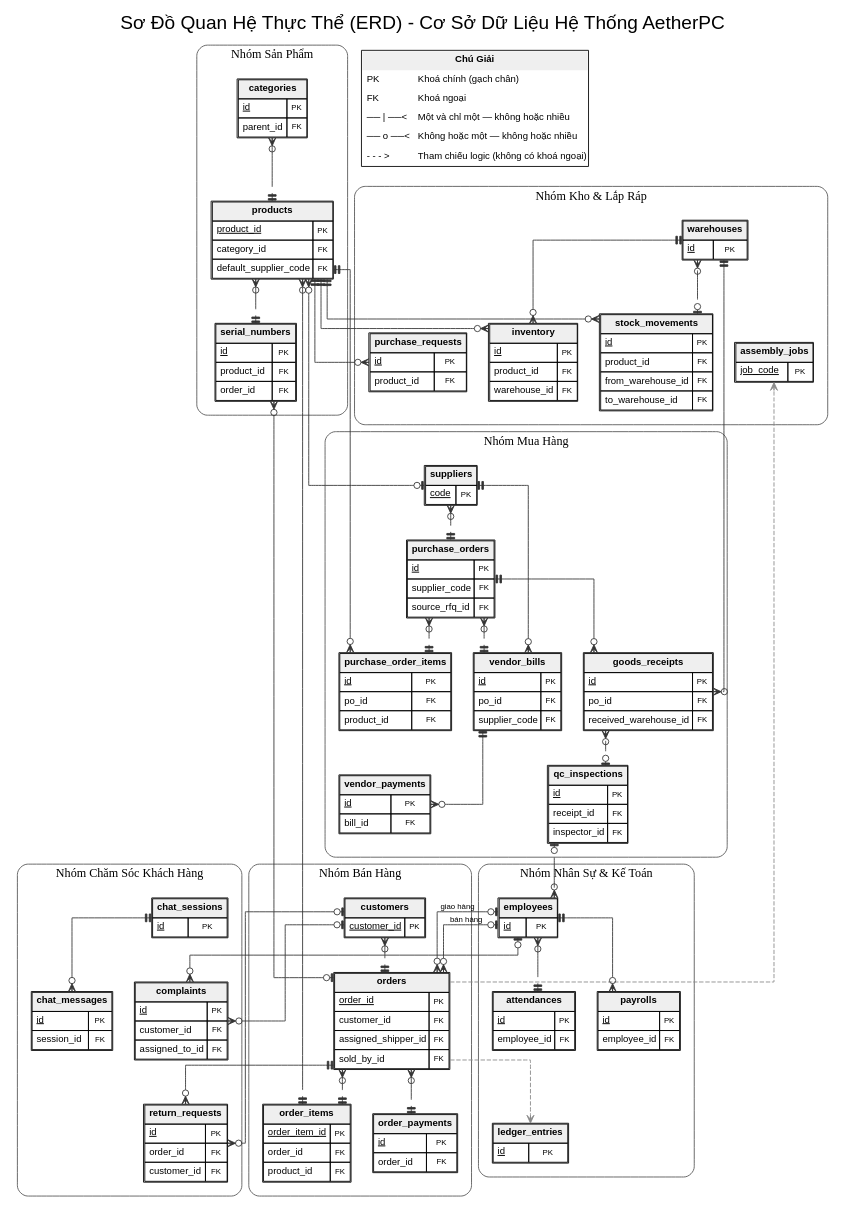
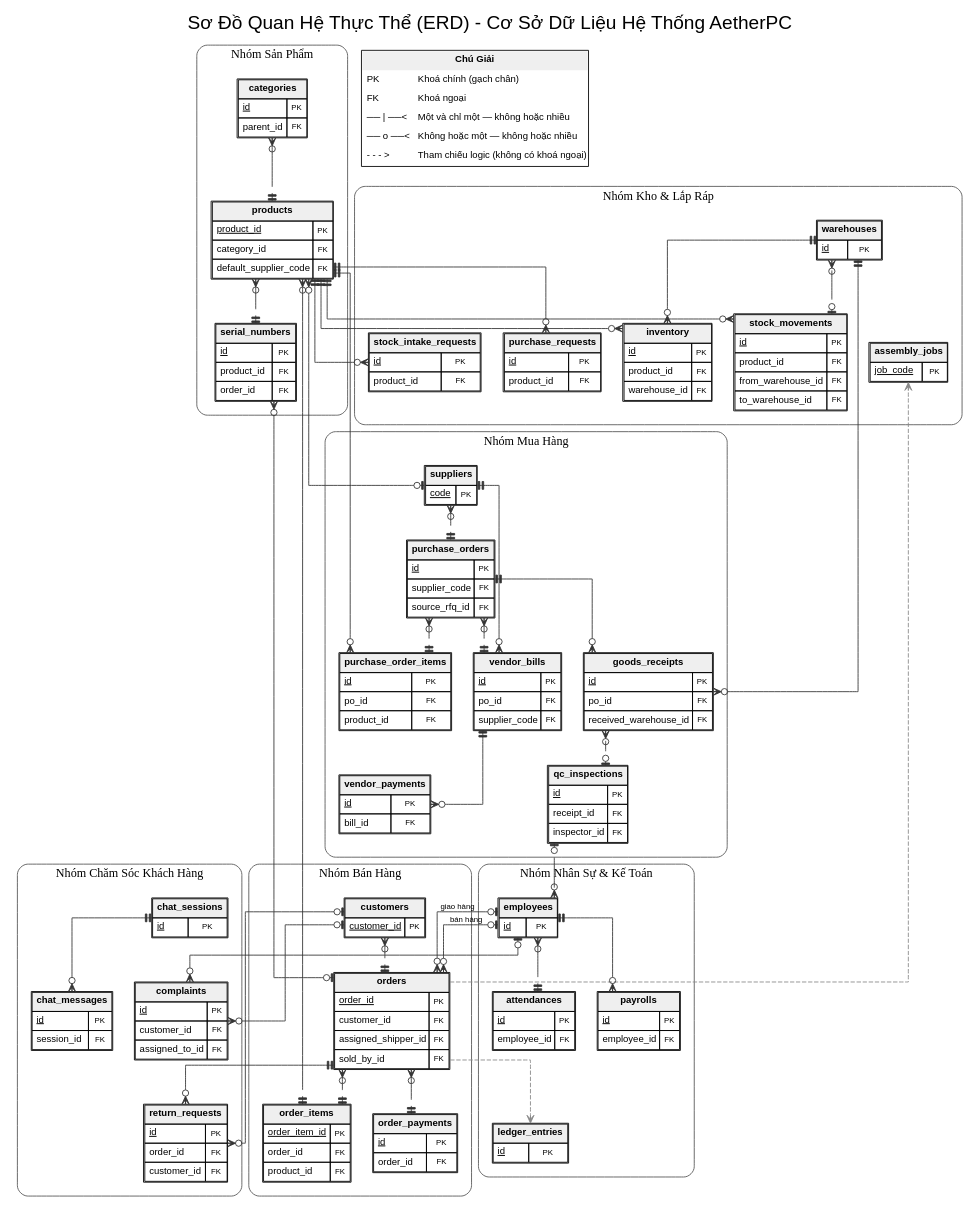
The diagram in docs/diagrams/erd_aetherpc.dot (hoangmkid12/ERP_AetherPC), drawn with Graphviz before and after one commit. The commit also changed 3 other files, not shown here.

```diff
--- a/docs/diagrams/erd_aetherpc.dot
+++ b/docs/diagrams/erd_aetherpc.dot
@@ -1,4 +1,4 @@
-// Sơ đồ quan hệ thực thể (ERD) rút gọn - CSDL AetherPC: 27 bảng chính, chỉ hiển thị khoá chính/khoá ngoại. Đối chiếu backend/prisma/schema.prisma.
+// Sơ đồ quan hệ thực thể (ERD) rút gọn - CSDL AetherPC: 28 bảng chính, chỉ hiển thị khoá chính/khoá ngoại. Đối chiếu backend/prisma/schema.prisma.
 digraph ERD_AetherPC {
   charset="UTF-8";
   newrank=true;
@@ -25,6 +25,7 @@
     inventory [label=<<TABLE BORDER="1" CELLBORDER="1" CELLSPACING="0" CELLPADDING="4" BGCOLOR="white"><TR><TD COLSPAN="2" BGCOLOR="#EFEFEF"><B>inventory</B></TD></TR><TR><TD ALIGN="LEFT"><U>id</U></TD><TD ALIGN="CENTER"><FONT POINT-SIZE="9">PK</FONT></TD></TR><TR><TD ALIGN="LEFT">product_id</TD><TD ALIGN="CENTER"><FONT POINT-SIZE="9">FK</FONT></TD></TR><TR><TD ALIGN="LEFT">warehouse_id</TD><TD ALIGN="CENTER"><FONT POINT-SIZE="9">FK</FONT></TD></TR></TABLE>>];
     stock_movements [label=<<TABLE BORDER="1" CELLBORDER="1" CELLSPACING="0" CELLPADDING="4" BGCOLOR="white"><TR><TD COLSPAN="2" BGCOLOR="#EFEFEF"><B>stock_movements</B></TD></TR><TR><TD ALIGN="LEFT"><U>id</U></TD><TD ALIGN="CENTER"><FONT POINT-SIZE="9">PK</FONT></TD></TR><TR><TD ALIGN="LEFT">product_id</TD><TD ALIGN="CENTER"><FONT POINT-SIZE="9">FK</FONT></TD></TR><TR><TD ALIGN="LEFT">from_warehouse_id</TD><TD ALIGN="CENTER"><FONT POINT-SIZE="9">FK</FONT></TD></TR><TR><TD ALIGN="LEFT">to_warehouse_id</TD><TD ALIGN="CENTER"><FONT POINT-SIZE="9">FK</FONT></TD></TR></TABLE>>];
     purchase_requests [label=<<TABLE BORDER="1" CELLBORDER="1" CELLSPACING="0" CELLPADDING="4" BGCOLOR="white"><TR><TD COLSPAN="2" BGCOLOR="#EFEFEF"><B>purchase_requests</B></TD></TR><TR><TD ALIGN="LEFT"><U>id</U></TD><TD ALIGN="CENTER"><FONT POINT-SIZE="9">PK</FONT></TD></TR><TR><TD ALIGN="LEFT">product_id</TD><TD ALIGN="CENTER"><FONT POINT-SIZE="9">FK</FONT></TD></TR></TABLE>>];
+    stock_intake_requests [label=<<TABLE BORDER="1" CELLBORDER="1" CELLSPACING="0" CELLPADDING="4" BGCOLOR="white"><TR><TD COLSPAN="2" BGCOLOR="#EFEFEF"><B>stock_intake_requests</B></TD></TR><TR><TD ALIGN="LEFT"><U>id</U></TD><TD ALIGN="CENTER"><FONT POINT-SIZE="9">PK</FONT></TD></TR><TR><TD ALIGN="LEFT">product_id</TD><TD ALIGN="CENTER"><FONT POINT-SIZE="9">FK</FONT></TD></TR></TABLE>>];
     assembly_jobs [label=<<TABLE BORDER="1" CELLBORDER="1" CELLSPACING="0" CELLPADDING="4" BGCOLOR="white"><TR><TD COLSPAN="2" BGCOLOR="#EFEFEF"><B>assembly_jobs</B></TD></TR><TR><TD ALIGN="LEFT"><U>job_code</U></TD><TD ALIGN="CENTER"><FONT POINT-SIZE="9">PK</FONT></TD></TR></TABLE>>];
   }
   subgraph cluster_3 {
@@ -66,6 +67,7 @@
   products -> stock_movements [arrowtail=teetee, arrowhead=crowodot];
   warehouses -> stock_movements [arrowtail=teeodot, arrowhead=crowodot];
   products -> purchase_requests [arrowtail=teetee, arrowhead=crowodot];
+  products -> stock_intake_requests [arrowtail=teetee, arrowhead=crowodot];
   suppliers -> purchase_orders [arrowtail=teetee, arrowhead=crowodot];
   purchase_orders -> purchase_order_items [arrowtail=teetee, arrowhead=crowodot];
   products -> purchase_order_items [arrowtail=teetee, arrowhead=crowodot];
```
